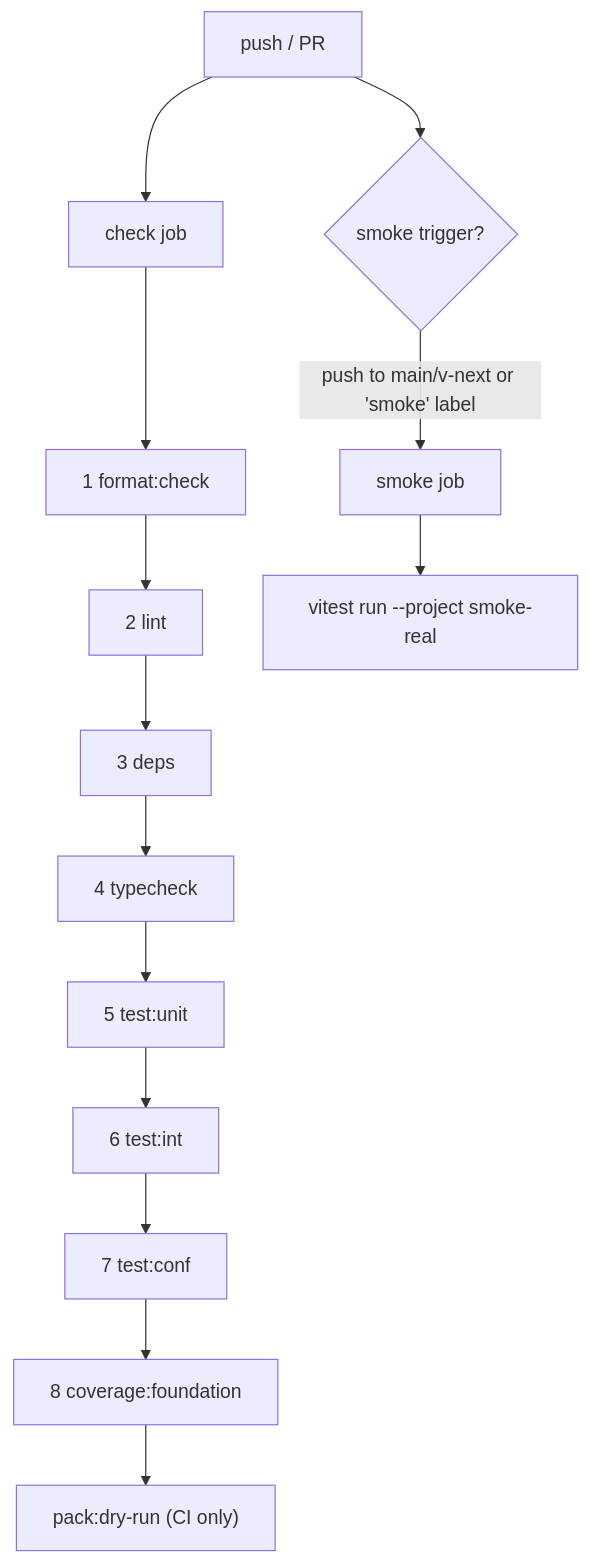
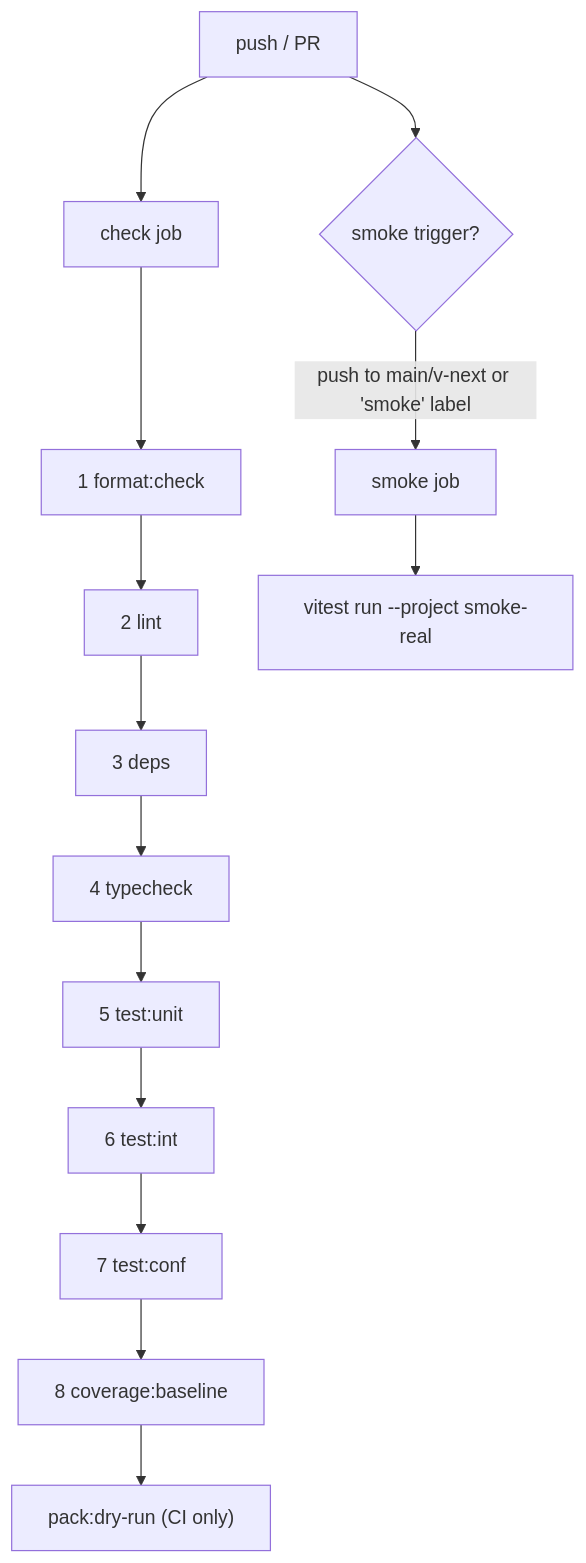
Before and after one commit to aryeko/agentic-workflow-kit: the diagram in docs/engineering/check-gate.md, drawn with Mermaid. The commit also changed other lines of this file and 77 other files, not shown here.

````diff
--- a/docs/engineering/check-gate.md
+++ b/docs/engineering/check-gate.md
@@ -38,17 +38,17 @@
 ```mermaid
 flowchart TD
     A[push / PR] --> B[check job]
     B --> B1["1 format:check"]
     B1 --> B2["2 lint"]
     B2 --> B3["3 deps"]
     B3 --> B4["4 typecheck"]
     B4 --> B5["5 test:unit"]
     B5 --> B6["6 test:int"]
     B6 --> B7["7 test:conf"]
-    B7 --> B8["8 coverage:foundation"]
+    B7 --> B8["8 coverage:baseline"]
     B8 --> B9["pack:dry-run (CI only)"]
 
     A --> C{smoke trigger?}
     C -->|push to main/v-next or 'smoke' label| D[smoke job]
     D --> D1["vitest run --project smoke-real"]
 ```
````
